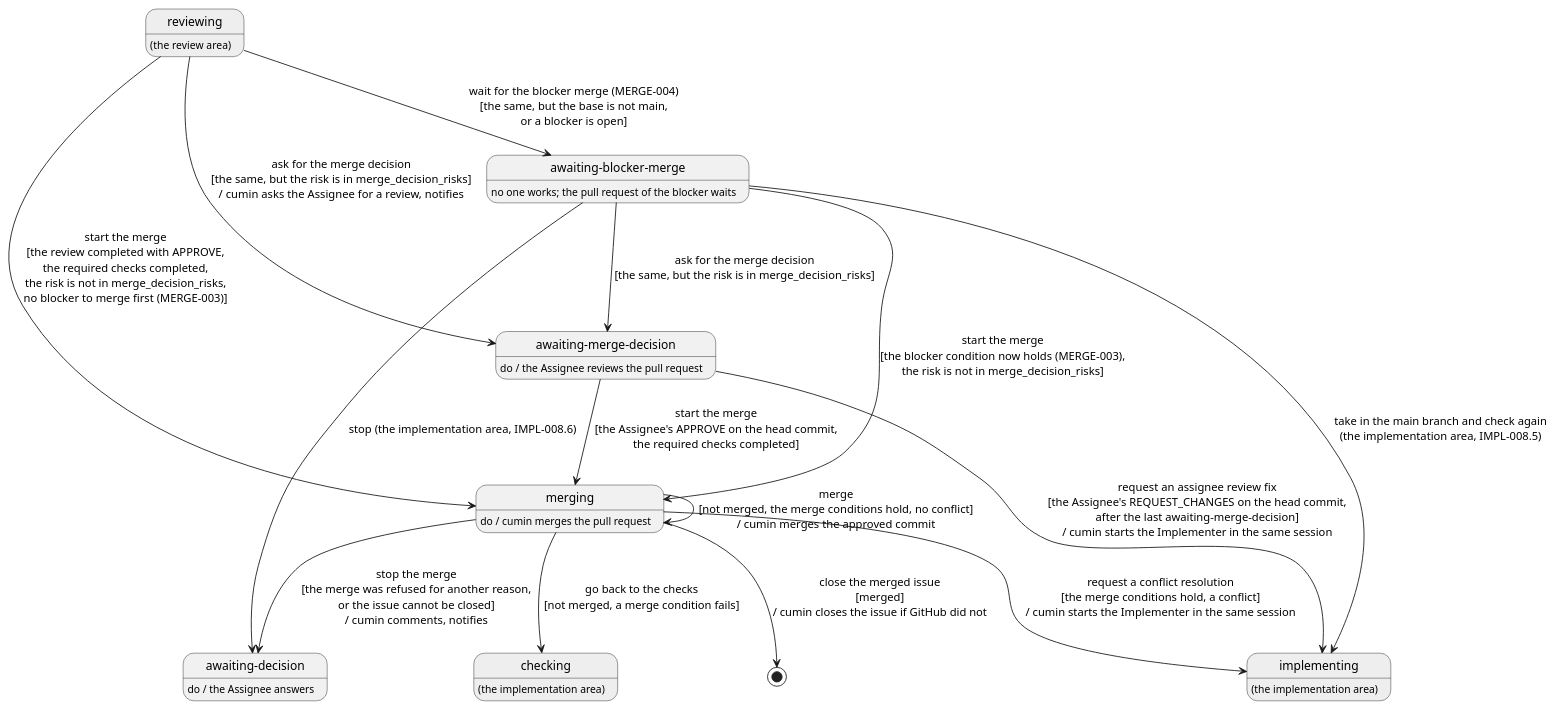
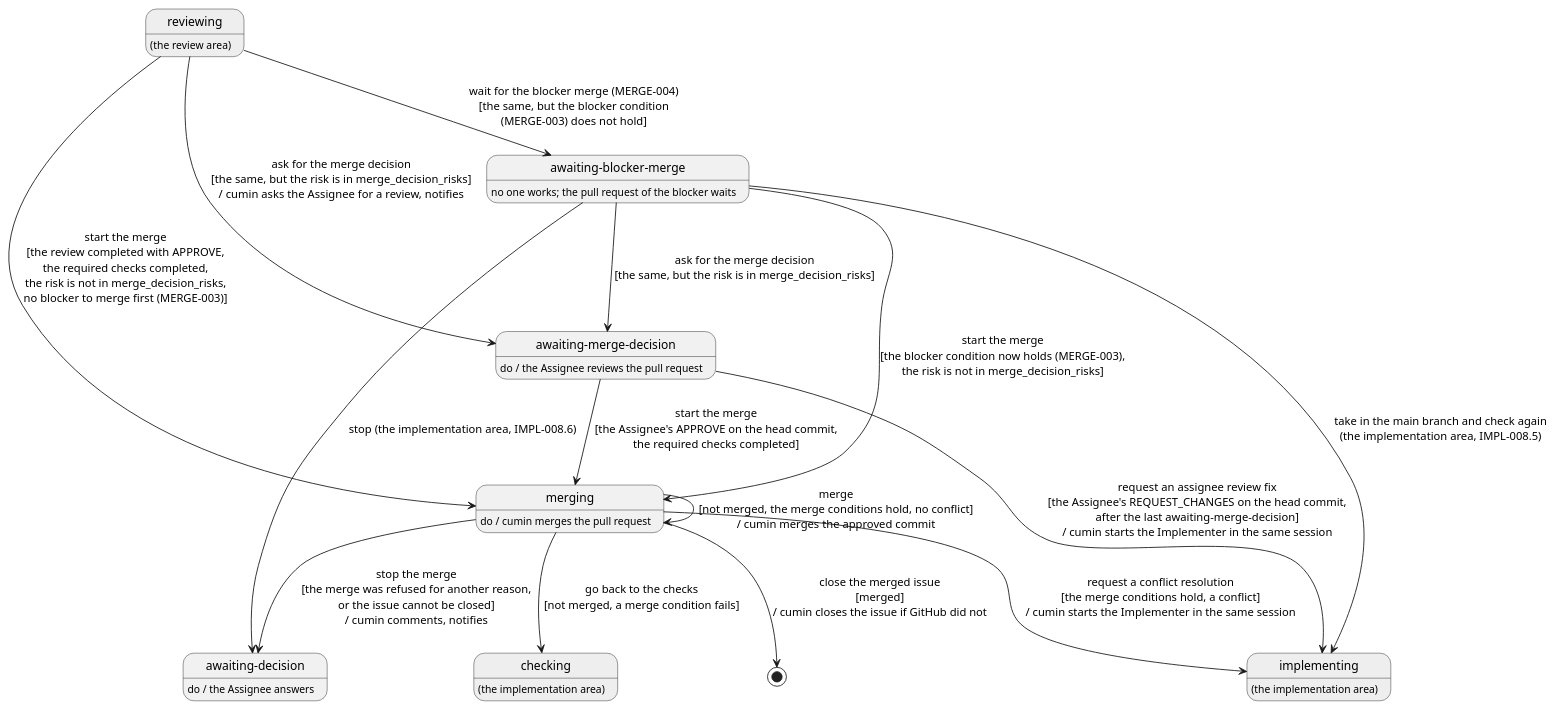
The diagram in docs/ja/requirements/merge/overview.puml (cloveclovedev/cumin-works), drawn with PlantUML before and after one commit. The commit also changed 3 other files, not shown here.

First line of the commit message:
docs(requirements): send every issue not ready for its blockers through awaiting-blocker-merge

```diff
--- a/docs/ja/requirements/merge/overview.puml
+++ b/docs/ja/requirements/merge/overview.puml
@@ -1,45 +1,45 @@
 @startuml overview
 ' cumin-works - the states of an implementation issue in the merge stage.
 ' A state is a label on GitHub, written without "cumin/status/". "do /" says who works in the state.
 ' A transition is written: action [guard] / what cumin does. A gray state belongs to another area.
 ' Render: run scripts/render-diagrams.sh at the root of the repository.
 
 hide empty description
 
 state "reviewing" as Reviewing #EEEEEE
 Reviewing : (the review area)
 
 state "awaiting-merge-decision" as MergeDecision
 MergeDecision : do / the Assignee reviews the pull request
 
 state "merging" as Merging
 Merging : do / cumin merges the pull request
 
 state "implementing" as Implementing #EEEEEE
 Implementing : (the implementation area)
 
 state "checking" as Checking #EEEEEE
 Checking : (the implementation area)
 
 state "awaiting-blocker-merge" as AwaitingBase
 AwaitingBase : no one works; the pull request of the blocker waits
 
 state "awaiting-decision" as Decision
 Decision : do / the Assignee answers
 
 Reviewing --> Merging : start the merge\n[the review completed with APPROVE,\nthe required checks completed,\nthe risk is not in merge_decision_risks,\nno blocker to merge first (MERGE-003)]
 Reviewing --> MergeDecision : ask for the merge decision\n[the same, but the risk is in merge_decision_risks]\n/ cumin asks the Assignee for a review, notifies
 MergeDecision --> Merging : start the merge\n[the Assignee's APPROVE on the head commit,\nthe required checks completed]
 MergeDecision --> Implementing : request an assignee review fix\n[the Assignee's REQUEST_CHANGES on the head commit,\nafter the last awaiting-merge-decision]\n/ cumin starts the Implementer in the same session
-Reviewing --> AwaitingBase : wait for the blocker merge (MERGE-004)\n[the same, but the base is not main,\nor a blocker is open]
+Reviewing --> AwaitingBase : wait for the blocker merge (MERGE-004)\n[the same, but the blocker condition\n(MERGE-003) does not hold]
 AwaitingBase --> Implementing : take in the main branch and check again\n(the implementation area, IMPL-008.5)
 AwaitingBase --> Merging : start the merge\n[the blocker condition now holds (MERGE-003),\nthe risk is not in merge_decision_risks]
 AwaitingBase --> MergeDecision : ask for the merge decision\n[the same, but the risk is in merge_decision_risks]
 AwaitingBase --> Decision : stop (the implementation area, IMPL-008.6)
 Merging --> Merging : merge\n[not merged, the merge conditions hold, no conflict]\n/ cumin merges the approved commit
 Merging --> [*] : close the merged issue\n[merged]\n/ cumin closes the issue if GitHub did not
 Merging --> Checking : go back to the checks\n[not merged, a merge condition fails]
 Merging --> Implementing : request a conflict resolution\n[the merge conditions hold, a conflict]\n/ cumin starts the Implementer in the same session
 Merging --> Decision : stop the merge\n[the merge was refused for another reason,\nor the issue cannot be closed]\n/ cumin comments, notifies
 
 @enduml
```
